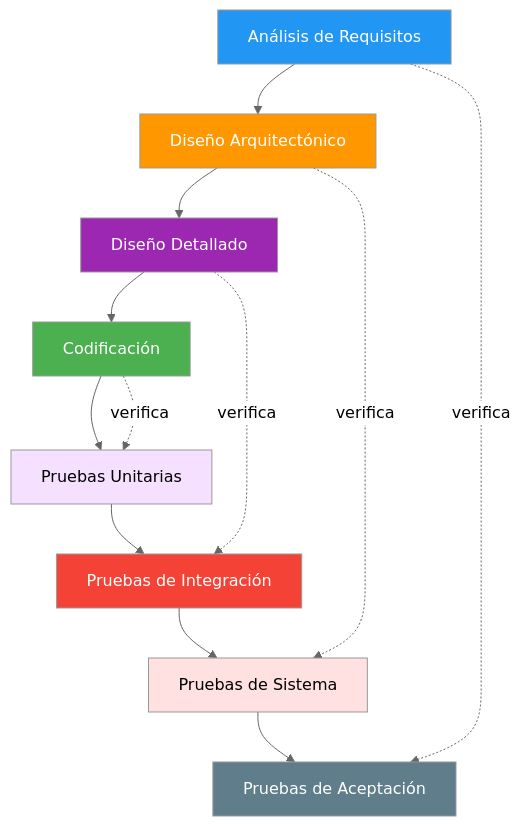
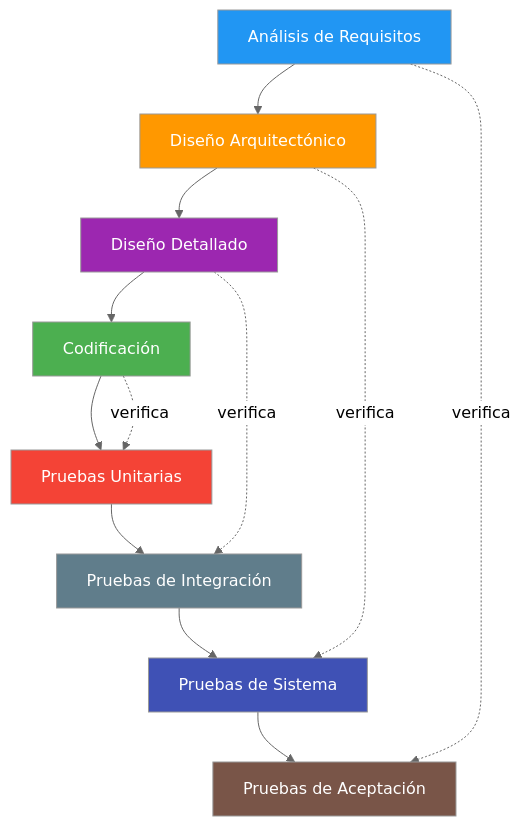
One commit to joseluisgs/EntornosDesarrollo-01-2026-2027 changed the second of 9 diagrams in 04-modelos-metodologias.md. Above: the diagram before and after it, drawn with Mermaid (neutral theme). The commit also changed other lines of this file, not shown here.

````diff
--- a/04-modelos-metodologias.md
+++ b/04-modelos-metodologias.md
@@ -68,24 +87,24 @@
 ```mermaid
 graph TB
     A[Análisis de Requisitos] --> B[Diseño Arquitectónico]
     B --> C[Diseño Detallado]
     C --> D[Codificación]
     D --> E[Pruebas Unitarias]
     E --> F[Pruebas de Integración]
     F --> G[Pruebas de Sistema]
     G --> H[Pruebas de Aceptación]
 
     A -.->|verifica| H
     B -.->|verifica| G
     C -.->|verifica| F
     D -.->|verifica| E
 
     style A fill:#2196F3,color:#fff
     style B fill:#FF9800,color:#fff
     style C fill:#9C27B0,color:#fff
     style D fill:#4CAF50,color:#fff
-    style E fill:#f5e1ff
-    style F fill:#f44336,color:#fff
-    style G fill:#ffe1e1
-    style H fill:#607D8B,color:#fff
+    style E fill:#f44336,color:#fff
+    style F fill:#607D8B,color:#fff
+    style G fill:#3F51B5,color:#fff
+    style H fill:#795548,color:#fff
 ```
````
